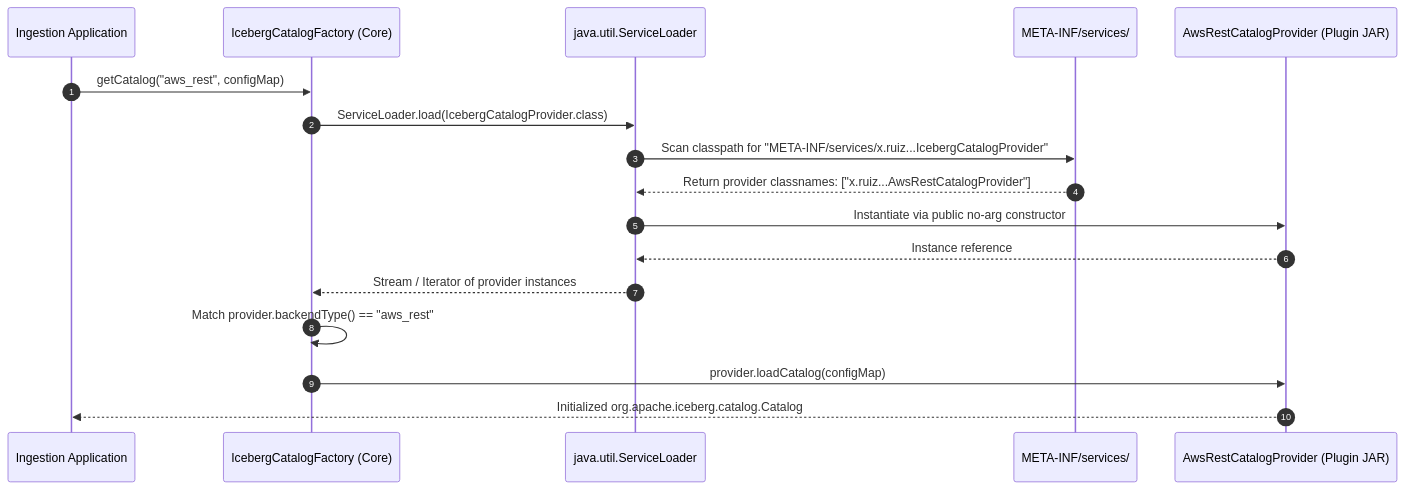
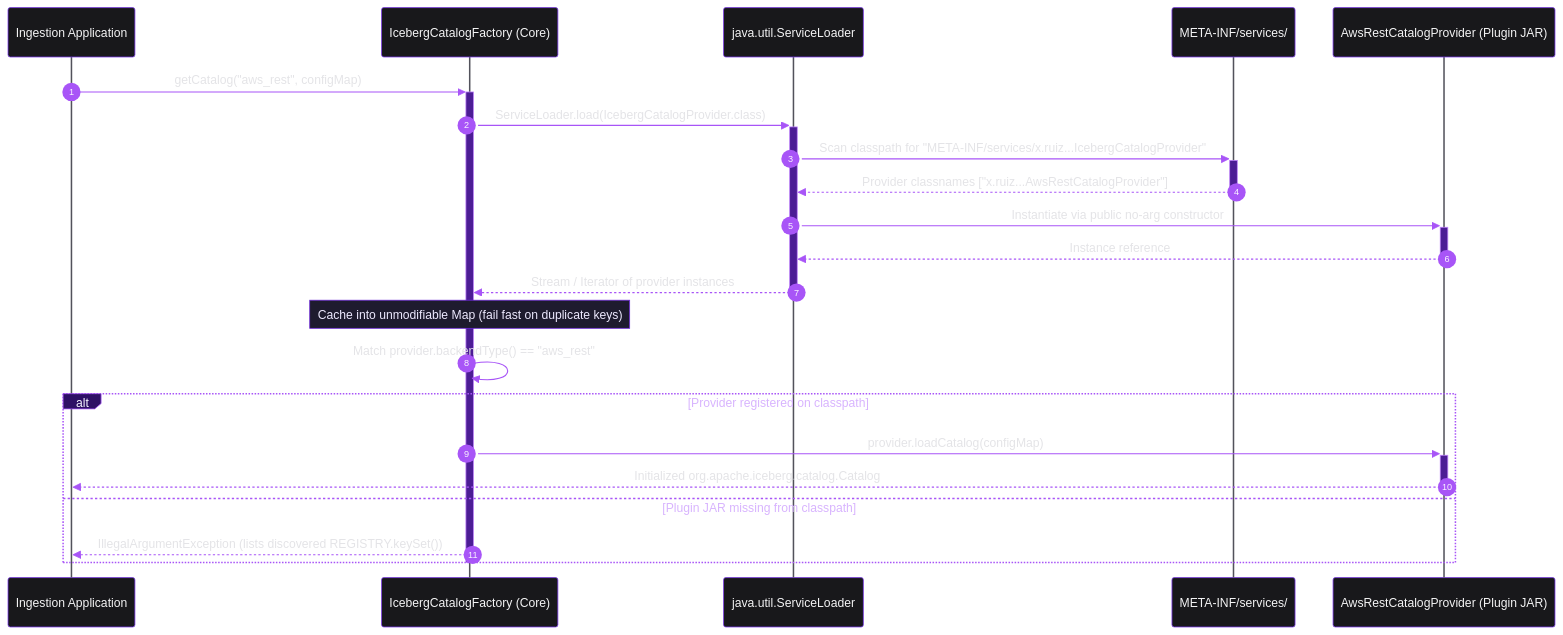
The second of 2 diagrams in staging/Software Engineering/Java Service Provider Interface.md (x-ruiz/obsidian-notes), drawn with Mermaid before and after one commit. The commit also changed other lines of this file and 31 other files, not shown here.

Commit message:
docs(mermaid): redesign diagrams with Obsidian Violet dark-mode theme

````diff
--- a/staging/Software Engineering/Java Service Provider Interface.md
+++ b/staging/Software Engineering/Java Service Provider Interface.md
@@ -101,20 +123,28 @@
 ```mermaid
+%%{init: {"theme": "base", "themeCSS": "svg { background-color: #09090B !important; border-radius: 8px; }", "themeVariables": {"darkMode": true, "background": "#09090B", "mainBkg": "#18181B", "textColor": "#F4F4F5", "primaryColor": "#18181B", "primaryTextColor": "#F4F4F5", "primaryBorderColor": "#7C3AED", "lineColor": "#A855F7", "actorBkg": "#18181B", "actorBorder": "#7C3AED", "actorTextColor": "#F4F4F5", "actorLineColor": "#52525B", "signalColor": "#A855F7", "signalTextColor": "#E4E4E7", "labelBoxBkgColor": "#2E1065", "labelBoxBorderColor": "#A855F7", "labelTextColor": "#F5F3FF", "loopTextColor": "#D8B4FE", "noteBkgColor": "#1E1B2E", "noteBorderColor": "#6D28D9", "noteTextColor": "#EDE9FE", "activationBkgColor": "#4C1D95", "activationBorderColor": "#C084FC", "sequenceNumberColor": "#FAF5FF", "fontFamily": "Inter, ui-sans-serif, system-ui, -apple-system, sans-serif", "fontSize": "13px"}}}%%
 sequenceDiagram
     autonumber
     participant App as Ingestion Application
     participant Factory as IcebergCatalogFactory (Core)
     participant Loader as java.util.ServiceLoader
     participant META as META-INF/services/
     participant Provider as AwsRestCatalogProvider (Plugin JAR)
 
-    App->>Factory: getCatalog("aws_rest", configMap)
-    Factory->>Loader: ServiceLoader.load(IcebergCatalogProvider.class)
-    Loader->>META: Scan classpath for "META-INF/services/x.ruiz...IcebergCatalogProvider"
-    META-->>Loader: Return provider classnames: ["x.ruiz...AwsRestCatalogProvider"]
-    Loader->>Provider: Instantiate via public no-arg constructor
-    Provider-->>Loader: Instance reference
-    Loader-->>Factory: Stream / Iterator of provider instances
+    App->>+Factory: getCatalog("aws_rest", configMap)
+    Factory->>+Loader: ServiceLoader.load(IcebergCatalogProvider.class)
+    Loader->>+META: Scan classpath for "META-INF/services/x.ruiz...IcebergCatalogProvider"
+    META-->>-Loader: Provider classnames ["x.ruiz...AwsRestCatalogProvider"]
+    Loader->>+Provider: Instantiate via public no-arg constructor
+    Provider-->>-Loader: Instance reference
+    Loader-->>-Factory: Stream / Iterator of provider instances
+    Note over Factory: Cache into unmodifiable Map (fail fast on duplicate keys)
     Factory->>Factory: Match provider.backendType() == "aws_rest"
-    Factory->>Provider: provider.loadCatalog(configMap)
-    Provider-->>App: Initialized org.apache.iceberg.catalog.Catalog
+
+    alt Provider registered on classpath
+        Factory->>+Provider: provider.loadCatalog(configMap)
+        Provider-->>-App: Initialized org.apache.iceberg.catalog.Catalog
+    else Plugin JAR missing from classpath
+        Factory-->>App: IllegalArgumentException (lists discovered REGISTRY.keySet())
+    end
+    deactivate Factory
 ```
````
